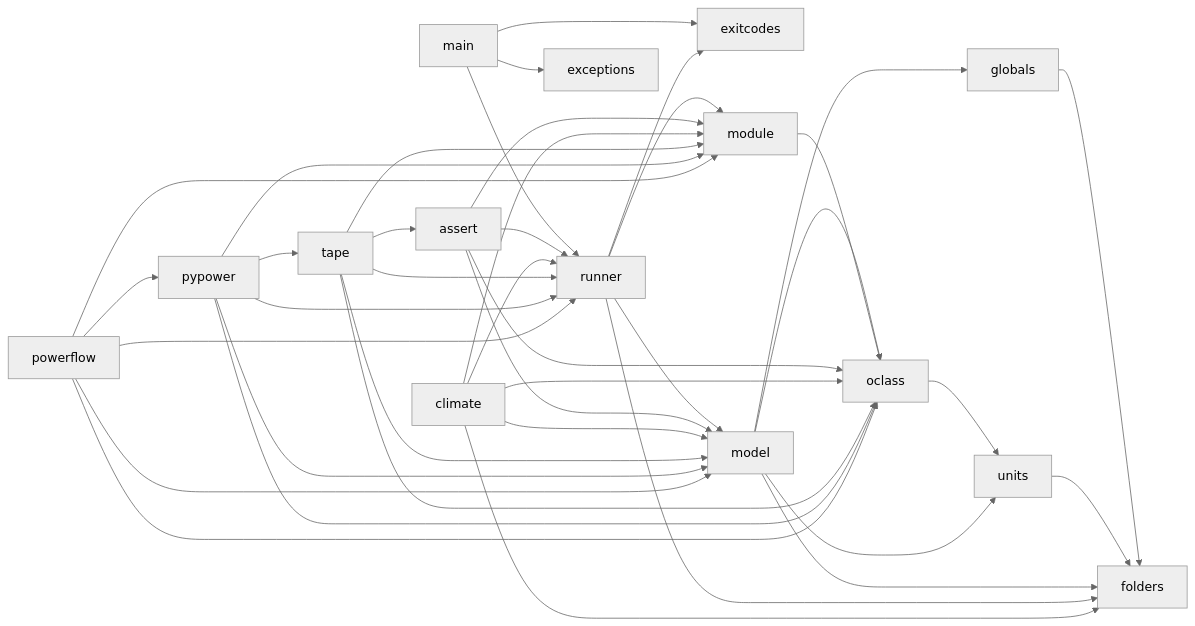
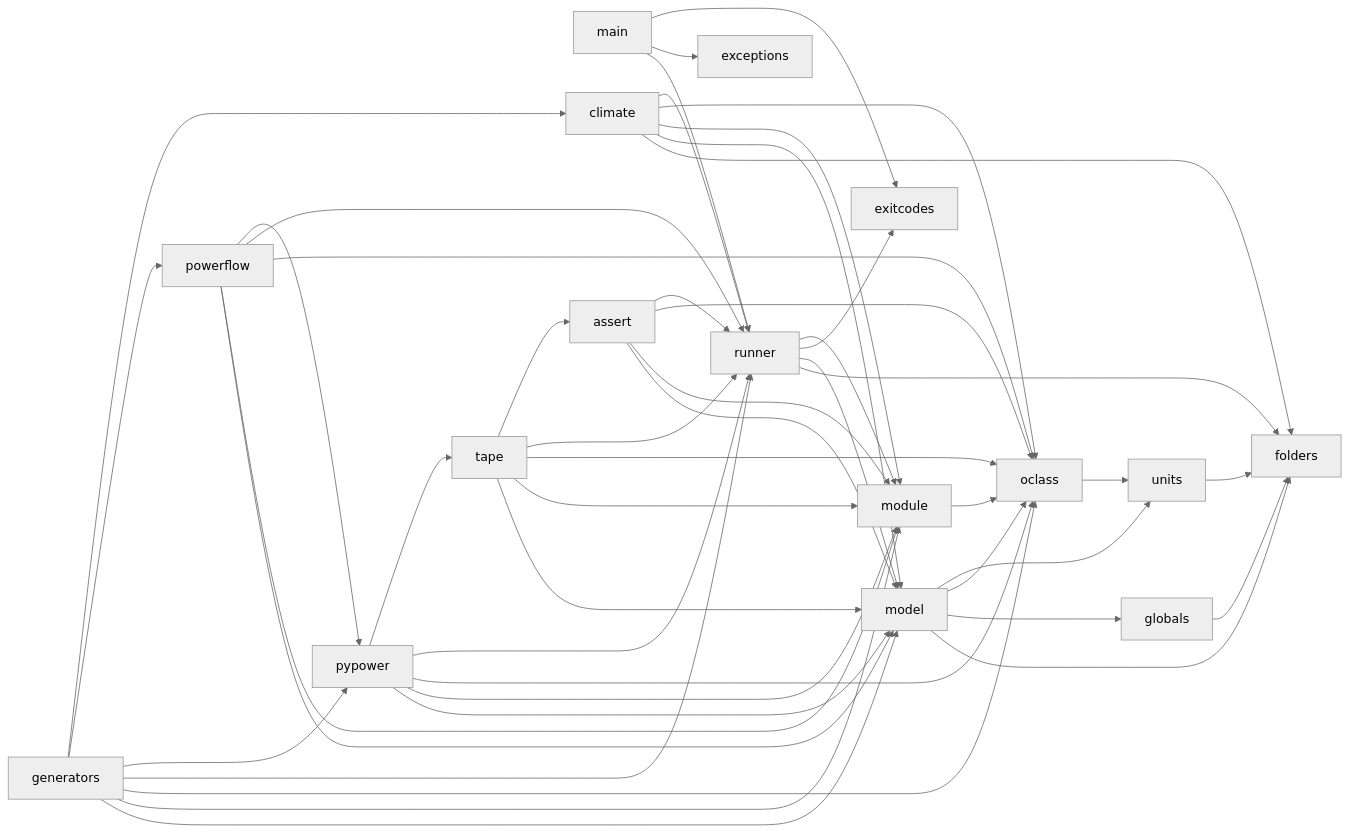
Before and after one commit to arras-energy/arras: the diagram in DESIGN.md, drawn with Mermaid (neutral theme). The commit also changed other lines of this file and 40 other files, not shown here.

First line of the commit message:
Add the gridlabd generators module as a Python package (src/generators): solar and inverter

````diff
--- a/DESIGN.md
+++ b/DESIGN.md
@@ -439,42 +461,49 @@
 ```mermaid
 flowchart LR
   main --> runner
   main --> exceptions
   main --> exitcodes
   globals --> folders
   units --> folders
   model --> folders
   runner --> folders
   runner --> model
   runner --> exitcodes
   runner --> module
   oclass --> units
   model --> globals
   model --> oclass
   model --> units
   module --> oclass
   assert --> model
   assert --> module
   assert --> oclass
   assert --> runner
   climate --> folders
   climate --> model
   climate --> module
   climate --> oclass
   climate --> runner
   tape --> model
   tape --> module
   tape --> oclass
   tape --> runner
   tape --> assert
   pypower --> model
   pypower --> module
   pypower --> oclass
   pypower --> runner
   pypower --> tape
   powerflow --> model
   powerflow --> module
   powerflow --> oclass
   powerflow --> runner
   powerflow --> pypower
+  generators --> model
+  generators --> module
+  generators --> oclass
+  generators --> runner
+  generators --> pypower
+  generators --> powerflow
+  generators --> climate
 ```
````
